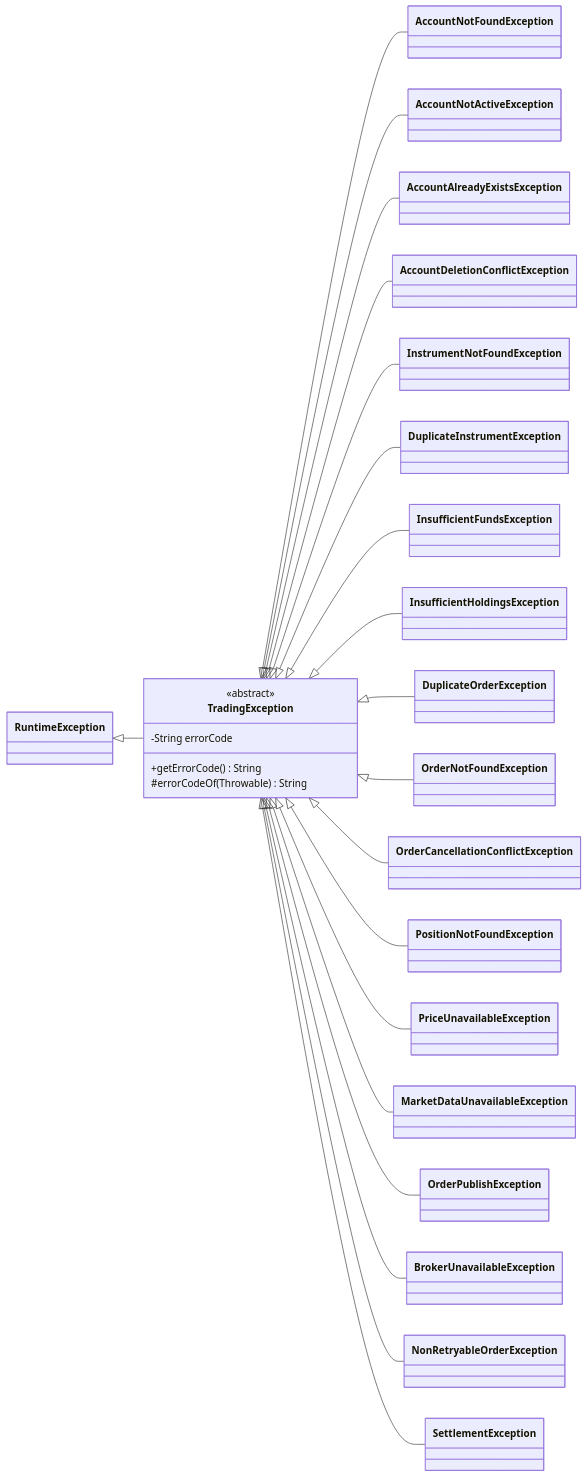
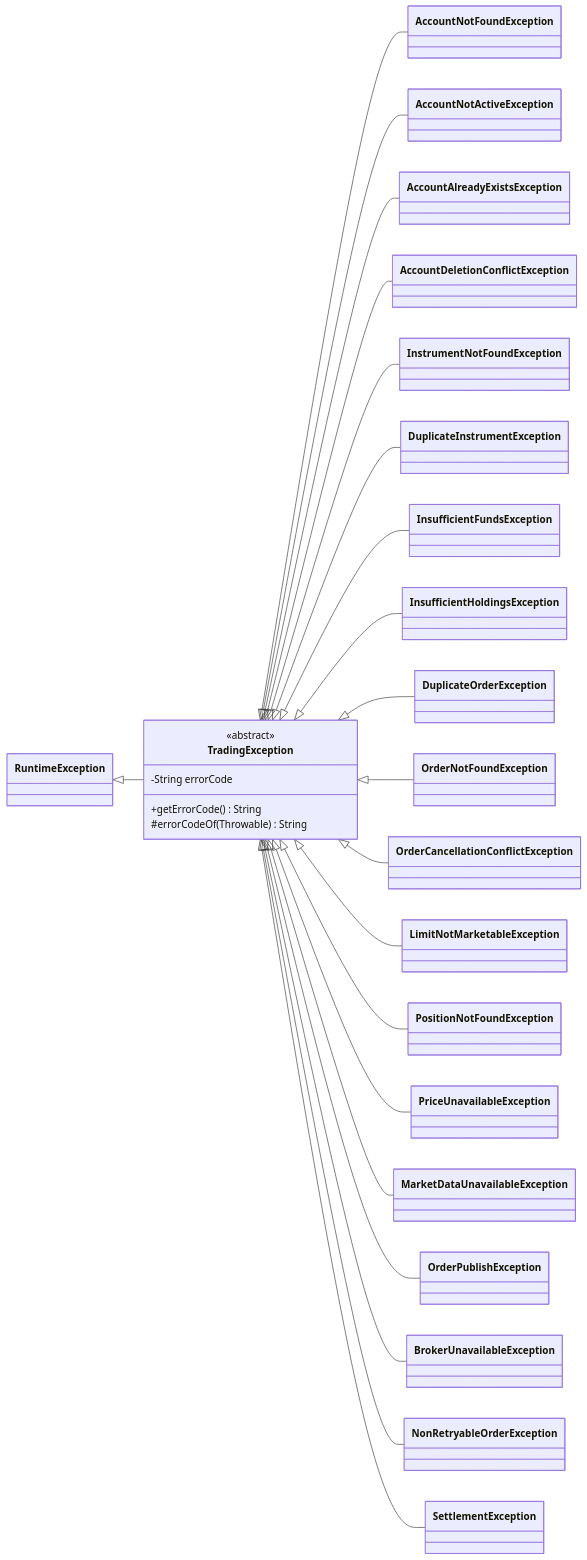
Before and after one commit to NathanCarr10/TNS-Capital: the third of 3 diagrams in docs/diagrams/CLASS-DIAGRAM.md, drawn with Mermaid. The commit also changed other lines of this file and 19 other files, not shown here.

First line of the commit message:
fix(orders): limit orders fill at the market price, not at any limit

````diff
--- a/docs/diagrams/CLASS-DIAGRAM.md
+++ b/docs/diagrams/CLASS-DIAGRAM.md
@@ -220,30 +220,31 @@
 ```mermaid
 classDiagram
     direction LR
     class RuntimeException
     class TradingException {
         <<abstract>>
         -String errorCode
         +getErrorCode() String
         #errorCodeOf(Throwable) String
     }
     RuntimeException <|-- TradingException
     TradingException <|-- AccountNotFoundException
     TradingException <|-- AccountNotActiveException
     TradingException <|-- AccountAlreadyExistsException
     TradingException <|-- AccountDeletionConflictException
     TradingException <|-- InstrumentNotFoundException
     TradingException <|-- DuplicateInstrumentException
     TradingException <|-- InsufficientFundsException
     TradingException <|-- InsufficientHoldingsException
     TradingException <|-- DuplicateOrderException
     TradingException <|-- OrderNotFoundException
     TradingException <|-- OrderCancellationConflictException
+    TradingException <|-- LimitNotMarketableException
     TradingException <|-- PositionNotFoundException
     TradingException <|-- PriceUnavailableException
     TradingException <|-- MarketDataUnavailableException
     TradingException <|-- OrderPublishException
     TradingException <|-- BrokerUnavailableException
     TradingException <|-- NonRetryableOrderException
     TradingException <|-- SettlementException
 ```
````
